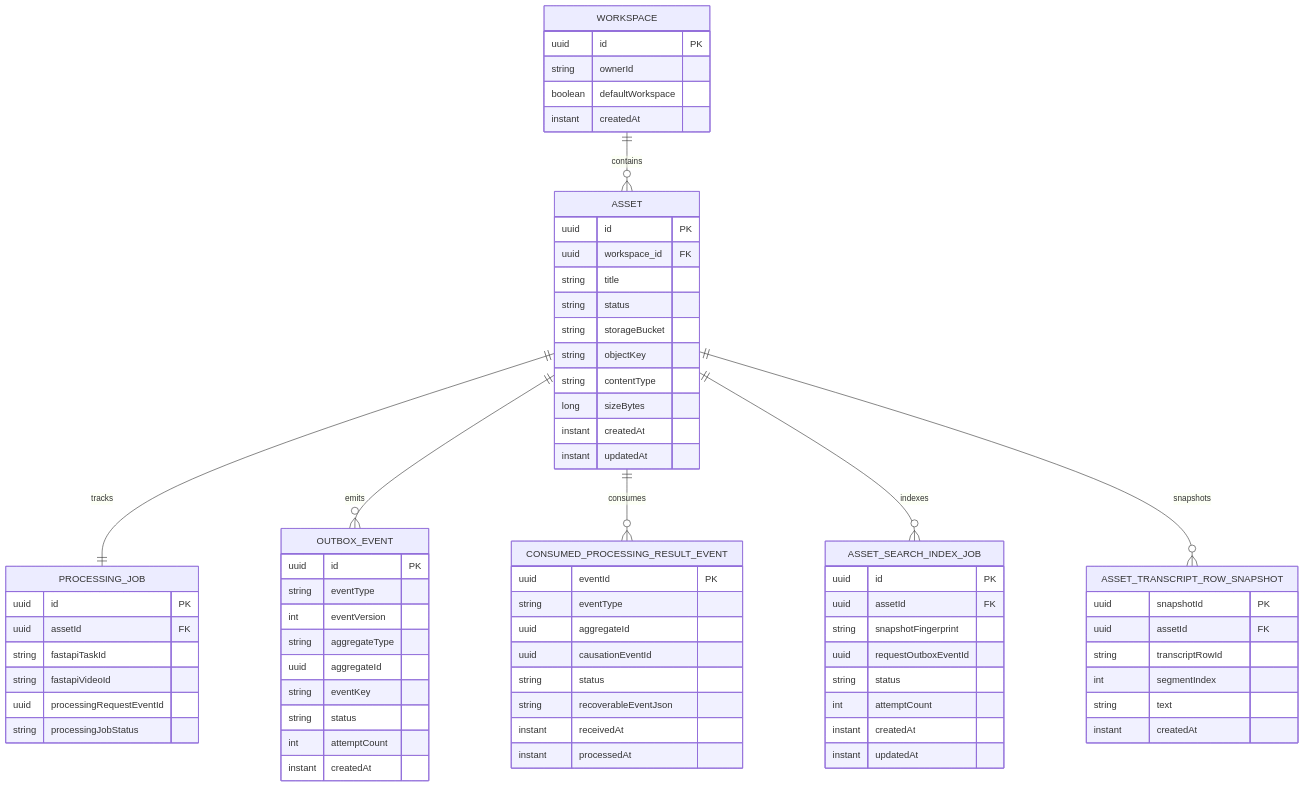
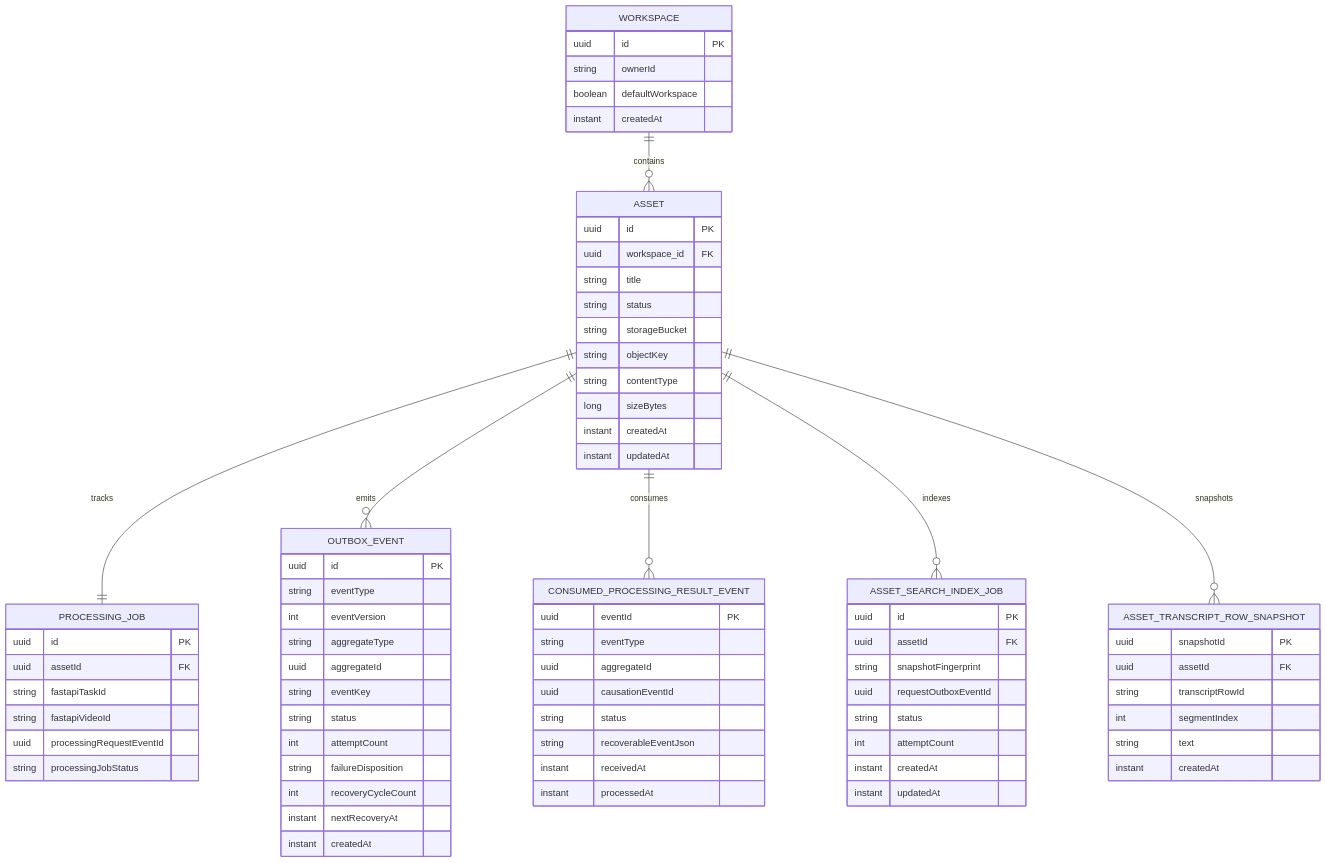
One commit to quangducnguyen1205/ai-knowledge-workspace changed the first of 2 diagrams in docs/data/Database.md. Above: the diagram before and after it, drawn with Mermaid. The commit also changed other lines of this file and 35 other files, not shown here.

```diff
--- a/docs/data/Database.md
+++ b/docs/data/Database.md
@@ -97,6 +98,9 @@
         string eventKey
         string status
         int attemptCount
+        string failureDisposition
+        int recoveryCycleCount
+        instant nextRecoveryAt
         instant createdAt
     }
 
```
